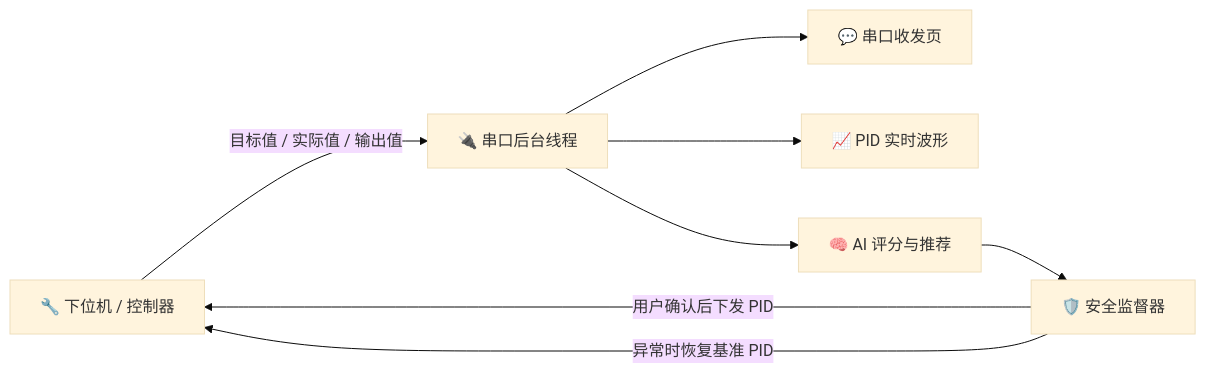
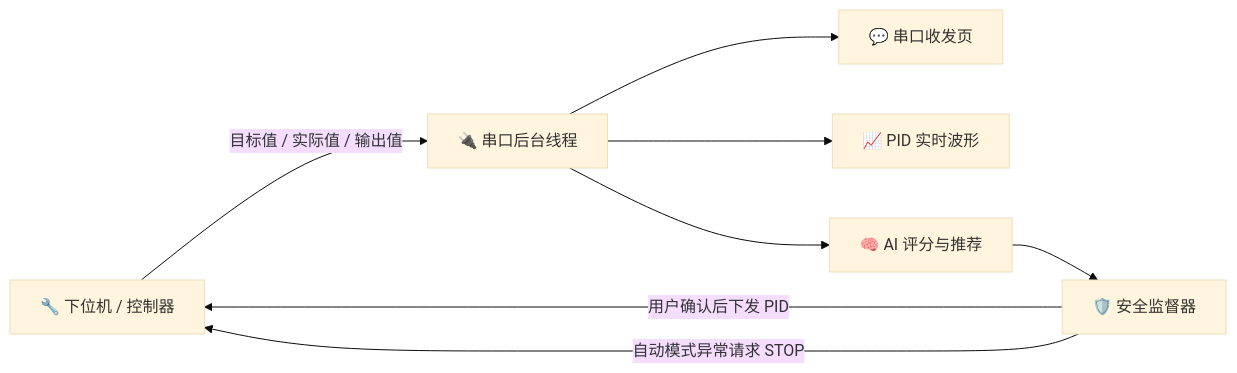
Before and after one commit to zwj051029/Nova: the diagram in README.md, drawn with Mermaid (base theme). The commit also changed other lines of this file and 20 other files, not shown here.

````diff
--- a/README.md
+++ b/README.md
@@ -86,17 +86,17 @@
 ```mermaid
 flowchart LR
     MCU["🔧 下位机 / 控制器"]
     SERIAL["🔌 串口后台线程"]
     RX["💬 串口收发页"]
     PID["📈 PID 实时波形"]
     AI["🧠 AI 评分与推荐"]
     SAFE["🛡️ 安全监督器"]
 
     MCU -->|目标值 / 实际值 / 输出值| SERIAL
     SERIAL --> RX
     SERIAL --> PID
     SERIAL --> AI
     AI --> SAFE
     SAFE -->|用户确认后下发 PID| MCU
-    SAFE -->|异常时恢复基准 PID| MCU
+    SAFE -->|自动模式异常请求 STOP| MCU
 ```
````
